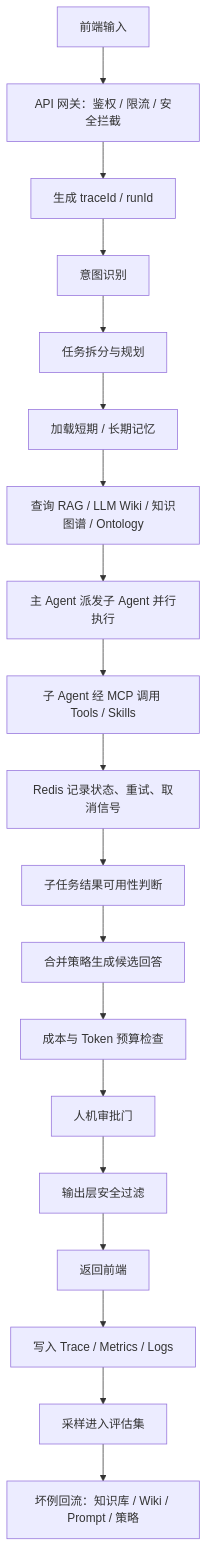
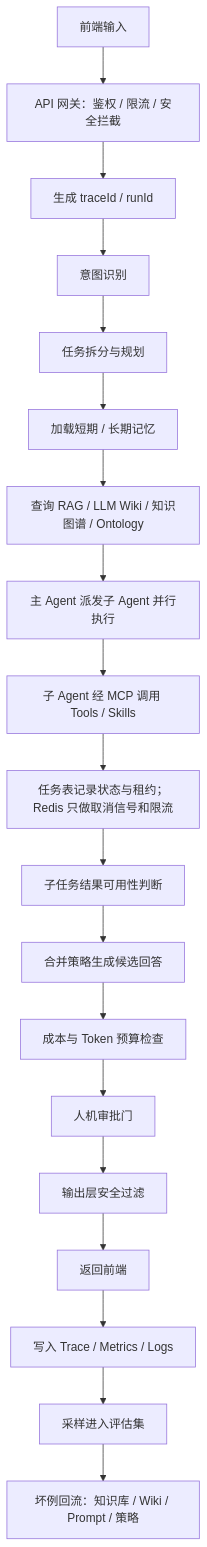
Before and after one commit to dsxt/xRAG1010: the first of 2 diagrams in AIAgent/agent架构/05-架构契约.md, drawn with Mermaid. The commit also changed other lines of this file and 37 other files, not shown here.

````diff
--- a/AIAgent/agent架构/05-架构契约.md
+++ b/AIAgent/agent架构/05-架构契约.md
@@ -83,21 +83,21 @@
 ```mermaid
 flowchart TD
     A[前端输入] --> B[API 网关：鉴权 / 限流 / 安全拦截]
     B --> C[生成 traceId / runId]
     C --> D[意图识别]
     D --> E[任务拆分与规划]
     E --> F[加载短期 / 长期记忆]
     F --> G[查询 RAG / LLM Wiki / 知识图谱 / Ontology]
     G --> H[主 Agent 派发子 Agent 并行执行]
     H --> I[子 Agent 经 MCP 调用 Tools / Skills]
-    I --> J[Redis 记录状态、重试、取消信号]
+    I --> J[任务表记录状态与租约；Redis 只做取消信号和限流]
     J --> K[子任务结果可用性判断]
     K --> L[合并策略生成候选回答]
     L --> M[成本与 Token 预算检查]
     M --> N[人机审批门]
     N --> O[输出层安全过滤]
     O --> P[返回前端]
     P --> Q[写入 Trace / Metrics / Logs]
     Q --> R[采样进入评估集]
     R --> S[坏例回流：知识库 / Wiki / Prompt / 策略]
 ```
````
